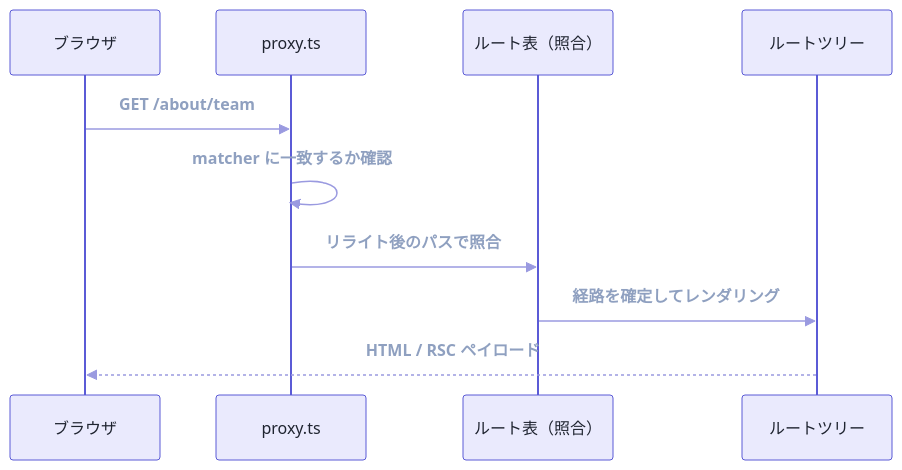
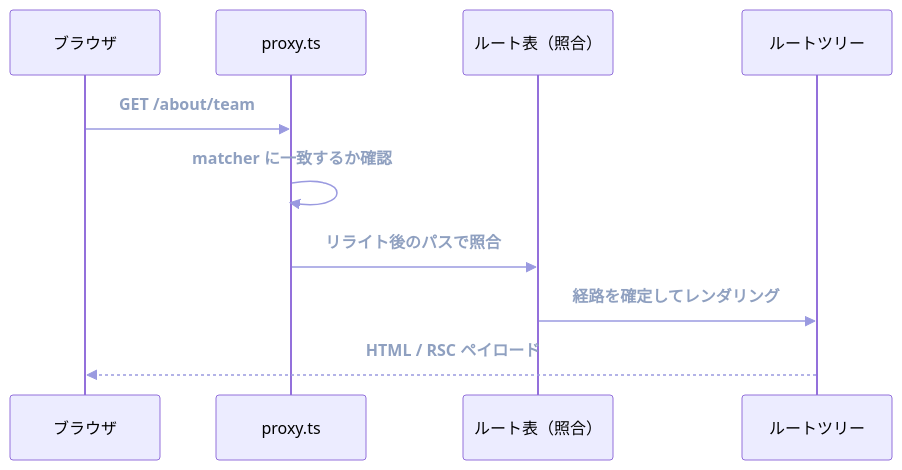
The eighth of 9 diagrams in articles/e7362b53b7d5da.md (nagahara-naoki/zenn), drawn with Mermaid before and after one commit. The commit also changed other lines of this file, not shown here.

````diff
--- a/articles/e7362b53b7d5da.md
+++ b/articles/e7362b53b7d5da.md
@@ -352,13 +345,13 @@
 ```mermaid
-%%{init: {'theme': 'base', 'sequence': {'messageFontWeight': 'bold', 'messageFontSize': 15}, 'themeVariables': {'actorBkg': '#eaeafd', 'actorBorder': '#5b5bd6', 'actorTextColor': '#1f2430', 'signalColor': '#9a9ae0', 'signalTextColor': '#8fa0c0', 'labelBoxBkgColor': '#eaeafd', 'labelTextColor': '#1f2430', 'noteBkgColor': '#eaeafd', 'noteTextColor': '#1f2430', 'noteBorderColor': '#5b5bd6'}}}%%
+%%{init: {'sequence': {'messageFontWeight': 'bold', 'messageFontSize': 15}, 'themeVariables': {'signalColor': '#9a9ae0', 'signalTextColor': '#8fa0c0'}}}%%
 sequenceDiagram
     participant B as ブラウザ
     participant P as proxy.ts
     participant R as ルート表（照合）
     participant T as ルートツリー
     B->>P: GET /about/team
     P->>P: matcher に一致するか確認
     P->>R: リライト後のパスで照合
     R->>T: 経路を確定してレンダリング
     T-->>B: HTML / RSC ペイロード
 ```
````
